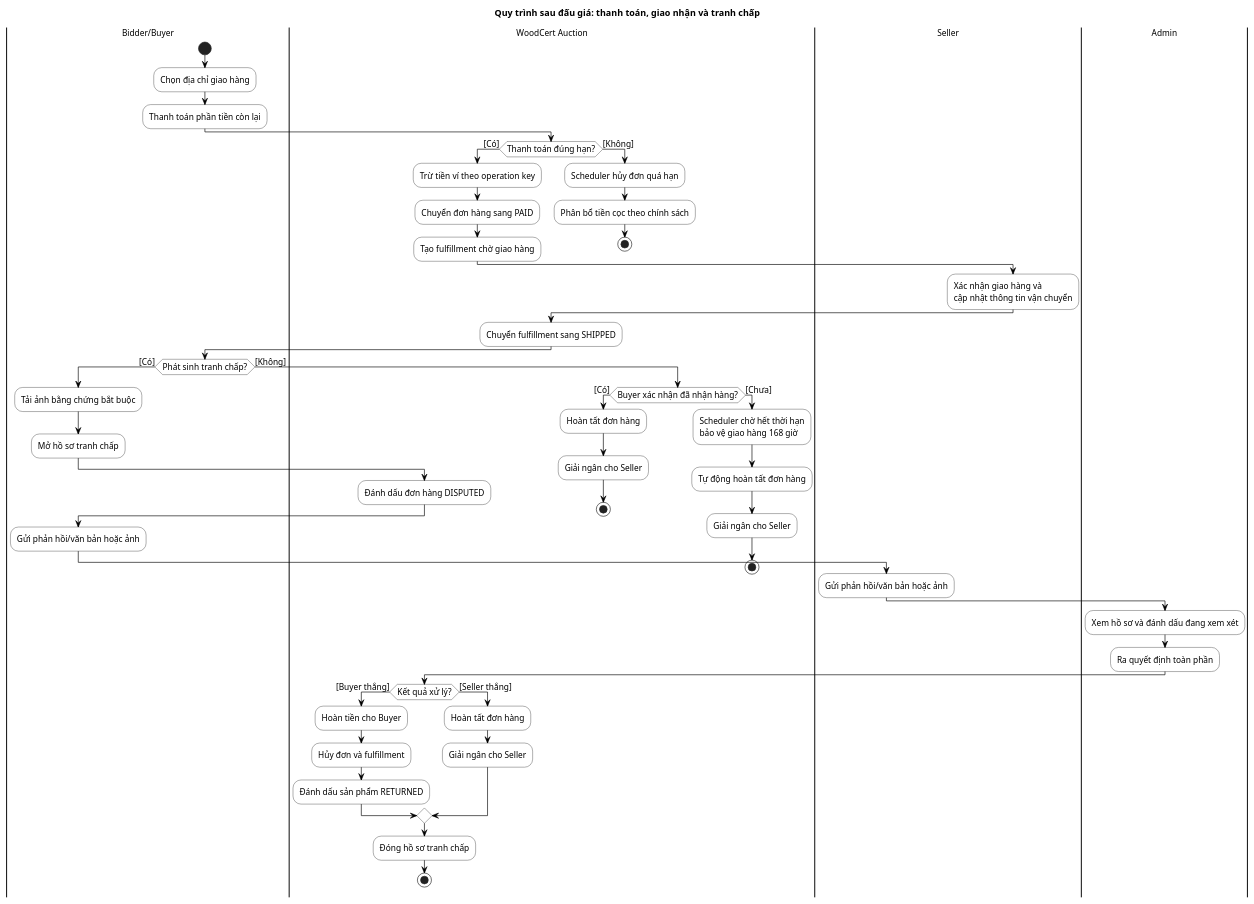
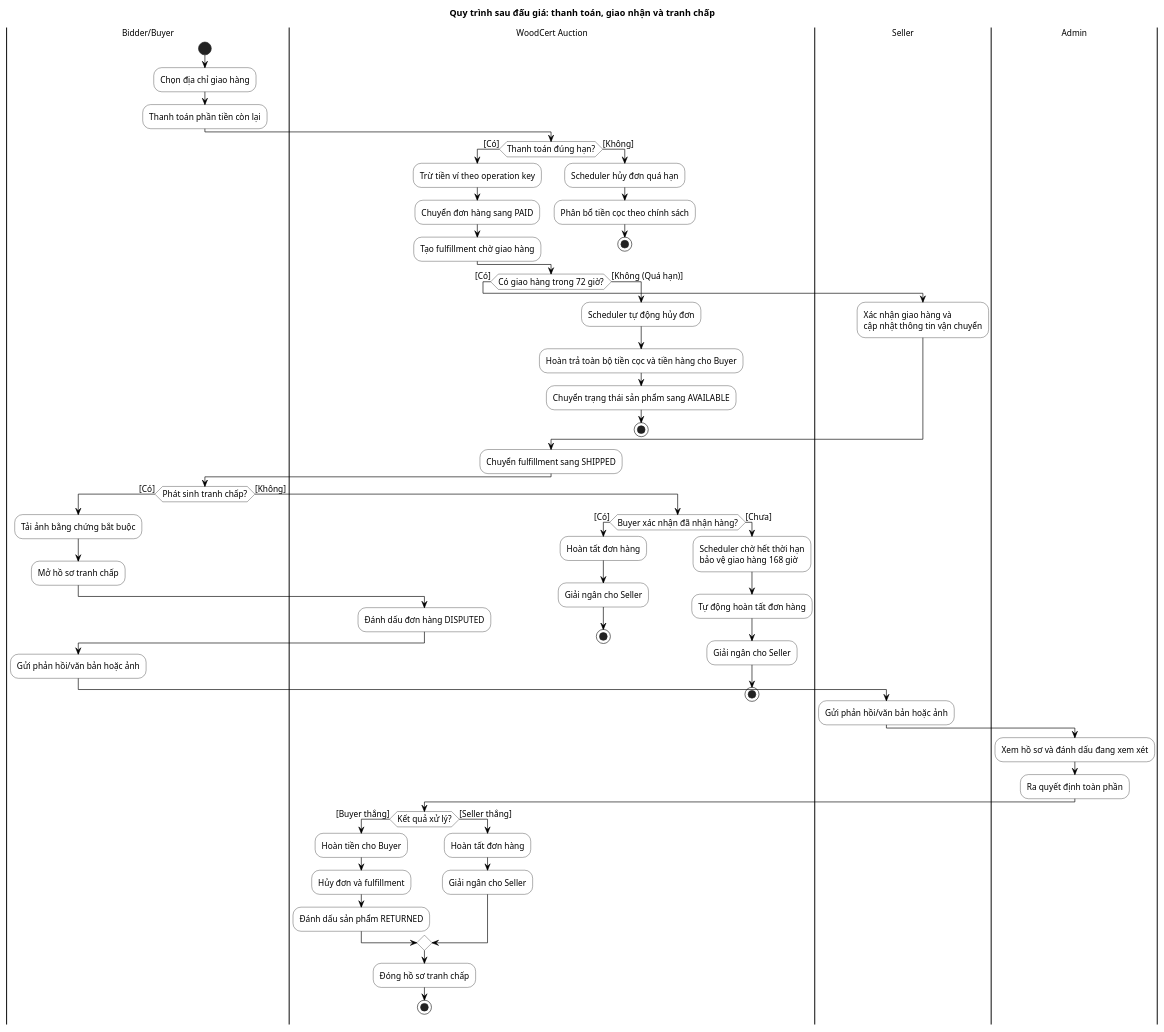
One commit to duynguyen312004/woodcert-auction changed the diagram in thesis/diagrams/plantuml/activity/order-fulfillment-dispute-flow.puml. Above: the diagram before and after it, drawn with PlantUML. The commit also changed 17 other files, not shown here.

```diff
--- a/thesis/diagrams/plantuml/activity/order-fulfillment-dispute-flow.puml
+++ b/thesis/diagrams/plantuml/activity/order-fulfillment-dispute-flow.puml
@@ -1,86 +1,94 @@
 @startuml
 title Quy trình sau đấu giá: thanh toán, giao nhận và tranh chấp
 
 skinparam defaultFontName Arial
 skinparam defaultFontSize 13
 skinparam backgroundColor White
 skinparam shadowing false
 skinparam linetype ortho
 skinparam ArrowColor Black
 skinparam activity {
     BackgroundColor White
     BorderColor Black
     FontColor Black
     FontSize 13
 }
 skinparam swimlane {
     BorderColor Black
     TitleBackgroundColor White
     TitleFontColor Black
 }
 
 |Bidder/Buyer|
 start
 :Chọn địa chỉ giao hàng;
 :Thanh toán phần tiền còn lại;
 
 |WoodCert Auction|
 if (Thanh toán đúng hạn?) then ([Có])
     :Trừ tiền ví theo operation key;
     :Chuyển đơn hàng sang PAID;
     :Tạo fulfillment chờ giao hàng;
 else ([Không])
     :Scheduler hủy đơn quá hạn;
     :Phân bổ tiền cọc theo chính sách;
     stop
 endif
 
-|Seller|
-:Xác nhận giao hàng và\ncập nhật thông tin vận chuyển;
+if (Có giao hàng trong 72 giờ?) then ([Có])
+    |Seller|
+    :Xác nhận giao hàng và\ncập nhật thông tin vận chuyển;
+else ([Không (Quá hạn)])
+    |WoodCert Auction|
+    :Scheduler tự động hủy đơn;
+    :Hoàn trả toàn bộ tiền cọc và tiền hàng cho Buyer;
+    :Chuyển trạng thái sản phẩm sang AVAILABLE;
+    stop
+endif
 
 |WoodCert Auction|
 :Chuyển fulfillment sang SHIPPED;
 
 |Bidder/Buyer|
 if (Phát sinh tranh chấp?) then ([Có])
     :Tải ảnh bằng chứng bắt buộc;
     :Mở hồ sơ tranh chấp;
 
     |WoodCert Auction|
     :Đánh dấu đơn hàng DISPUTED;
 
     |Bidder/Buyer|
     :Gửi phản hồi/văn bản hoặc ảnh;
 
     |Seller|
     :Gửi phản hồi/văn bản hoặc ảnh;
 
     |Admin|
     :Xem hồ sơ và đánh dấu đang xem xét;
     :Ra quyết định toàn phần;
 
     |WoodCert Auction|
     if (Kết quả xử lý?) then ([Buyer thắng])
         :Hoàn tiền cho Buyer;
         :Hủy đơn và fulfillment;
         :Đánh dấu sản phẩm RETURNED;
     else ([Seller thắng])
         :Hoàn tất đơn hàng;
         :Giải ngân cho Seller;
     endif
     :Đóng hồ sơ tranh chấp;
     stop
 else ([Không])
     if (Buyer xác nhận đã nhận hàng?) then ([Có])
         :Hoàn tất đơn hàng;
         :Giải ngân cho Seller;
         stop
     else ([Chưa])
         |WoodCert Auction|
         :Scheduler chờ hết thời hạn\nbảo vệ giao hàng 168 giờ;
         :Tự động hoàn tất đơn hàng;
         :Giải ngân cho Seller;
         stop
     endif
 endif
 @enduml
```
